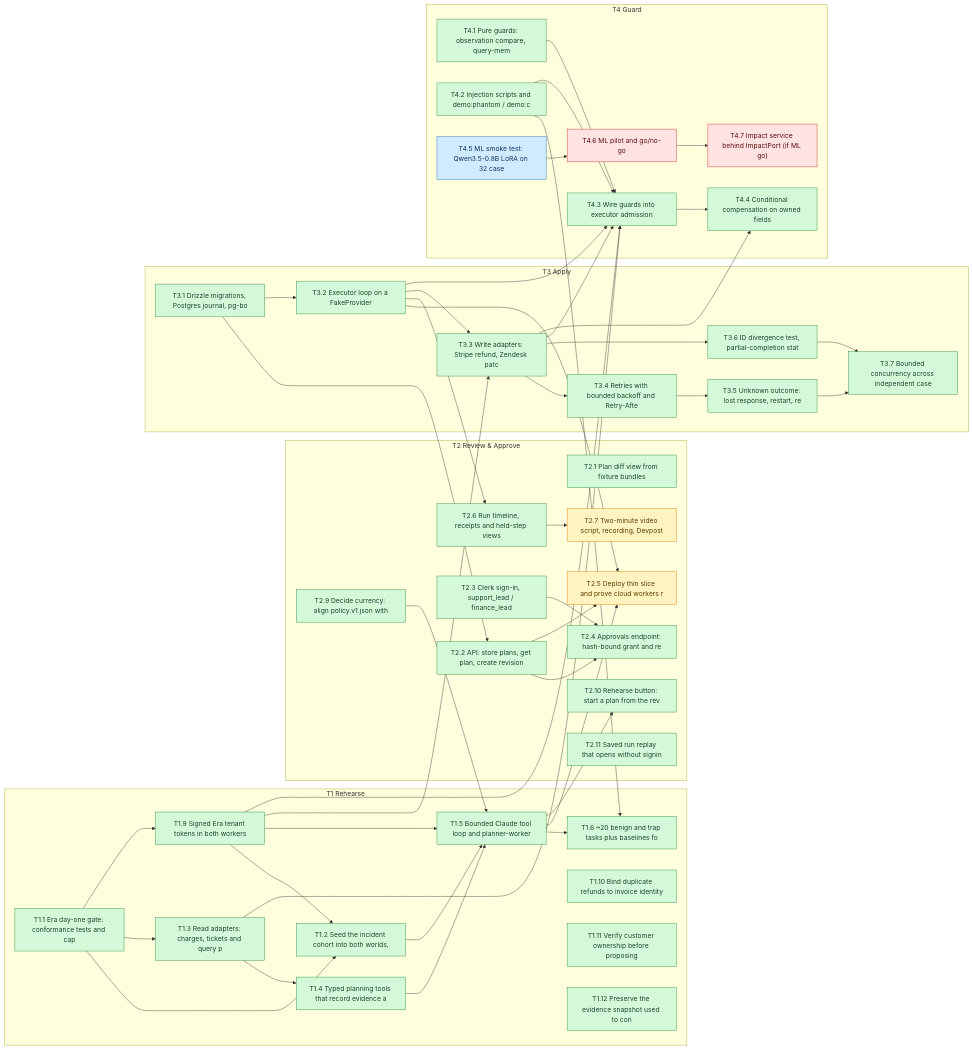
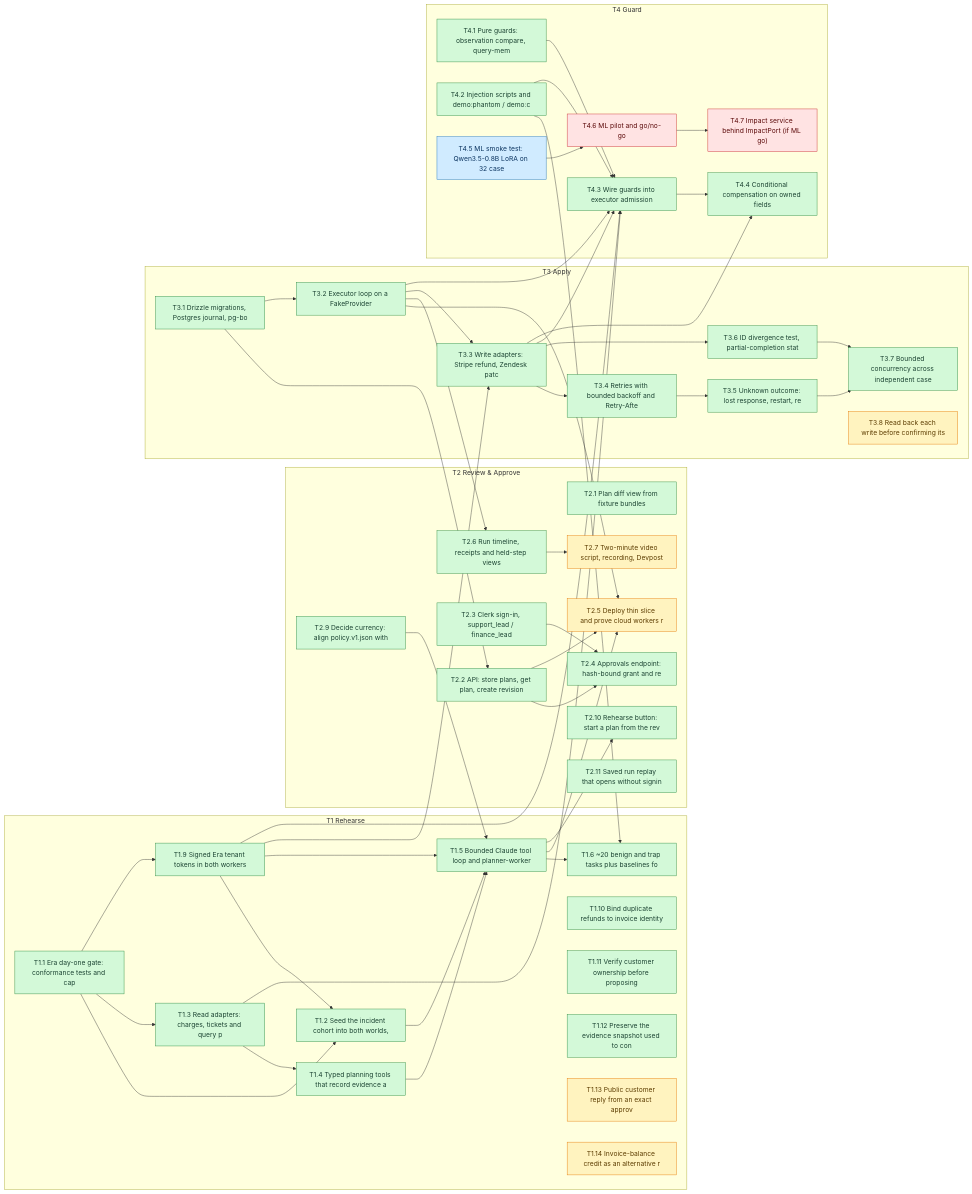
The diagram in BLOCKERS.md (SoroushRF/Rehearsal), drawn with Mermaid before and after one commit. The commit also changed other lines of this file, not shown here.

```diff
--- a/BLOCKERS.md
+++ b/BLOCKERS.md
@@ -100,6 +103,8 @@
     T1_10["T1.10 Bind duplicate refunds to invoice identity"]:::done
     T1_11["T1.11 Verify customer ownership before proposing"]:::done
     T1_12["T1.12 Preserve the evidence snapshot used to con"]:::done
+    T1_13["T1.13 Public customer reply from an exact approv"]:::ready
+    T1_14["T1.14 Invoice-balance credit as an alternative r"]:::ready
   end
   subgraph T2[T2 Review & Approve]
     T2_1["T2.1 Plan diff view from fixture bundles"]:::done
@@ -121,6 +126,7 @@
     T3_5["T3.5 Unknown outcome: lost response, restart, re"]:::done
     T3_6["T3.6 ID divergence test, partial-completion stat"]:::done
     T3_7["T3.7 Bounded concurrency across independent case"]:::done
+    T3_8["T3.8 Read back each write before confirming its "]:::ready
   end
   subgraph T4[T4 Guard]
     T4_1["T4.1 Pure guards: observation compare, query-mem"]:::done
```
